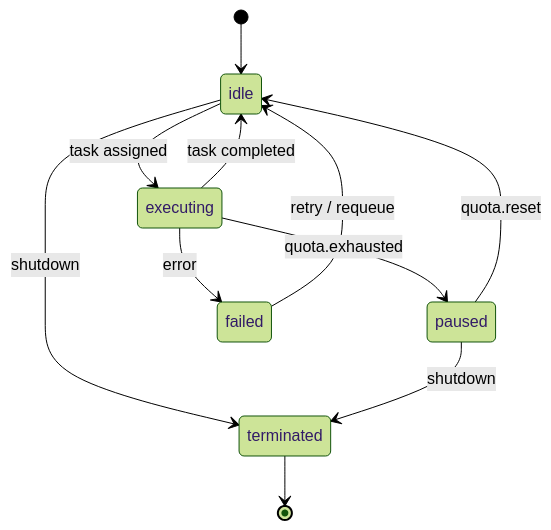
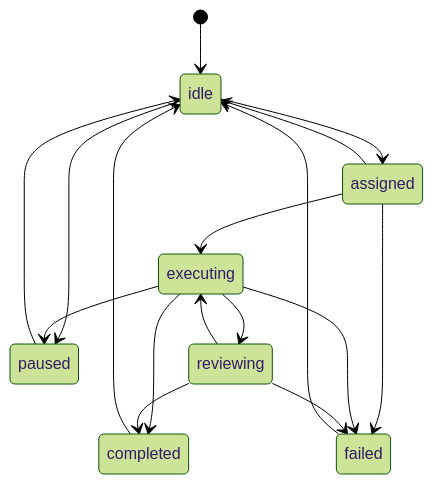
Before and after one commit to sinsonido/agentforge: the fifth of 5 diagrams in docs/architecture.md, drawn with Mermaid (forest theme). The commit also changed other lines of this file and 11 other files, not shown here.

````diff
--- a/docs/architecture.md
+++ b/docs/architecture.md
@@ -212,13 +240,19 @@
 ```mermaid
 stateDiagram-v2
     [*] --> idle
-    idle --> executing : task assigned
-    executing --> idle : task completed
-    executing --> paused : quota.exhausted
-    paused --> idle : quota.reset
-    executing --> failed : error
-    failed --> idle : retry / requeue
-    idle --> terminated : shutdown
-    paused --> terminated : shutdown
-    terminated --> [*]
+    idle --> assigned
+    idle --> paused
+    assigned --> executing
+    assigned --> idle
+    assigned --> failed
+    executing --> reviewing
+    executing --> completed
+    executing --> failed
+    executing --> paused
+    reviewing --> completed
+    reviewing --> failed
+    reviewing --> executing
+    completed --> idle
+    failed --> idle
+    paused --> idle
 ```
````
